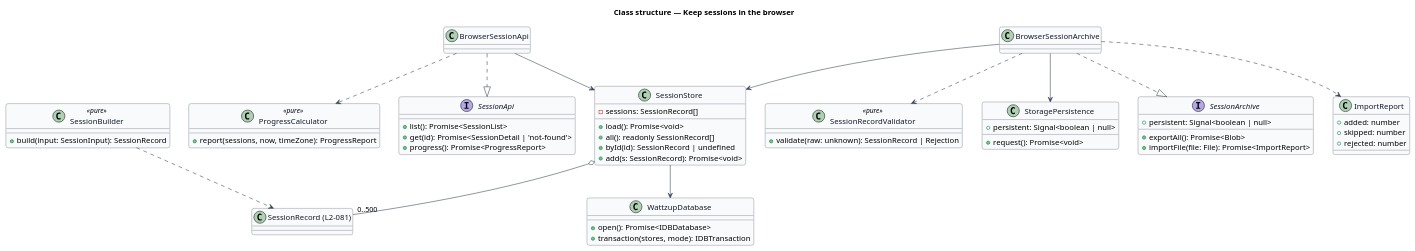
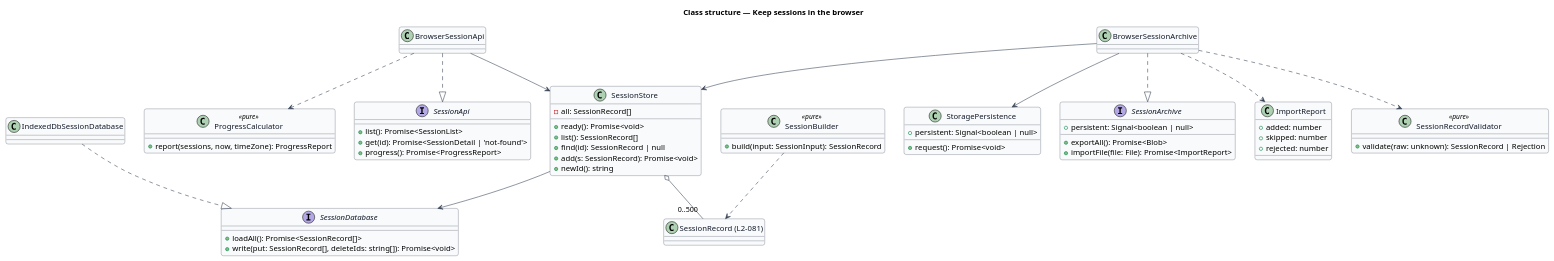
The diagram in docs/detailed-designs/browser-edition/keep-sessions-in-browser/diagrams/class-structure.puml (QuinntyneBrown/ride-one), drawn with PlantUML before and after one commit. The commit also changed 20 other files, not shown here.

First line of the commit message:
Keep sessions in IndexedDB in the browser edition (L2-094)

```diff
--- a/docs/detailed-designs/browser-edition/keep-sessions-in-browser/diagrams/class-structure.puml
+++ b/docs/detailed-designs/browser-edition/keep-sessions-in-browser/diagrams/class-structure.puml
@@ -1,68 +1,71 @@
 @startuml
 skinparam backgroundColor #FFFFFF
 skinparam shadowing false
 skinparam roundcorner 8
 skinparam defaultFontName Arial
 skinparam ArrowColor #344054
 skinparam class {
   BorderColor #344054
   FontColor #101828
   BackgroundColor #F9FAFB
 }
 title Class structure — Keep sessions in the browser
 
-class WattzupDatabase {
-  +open(): Promise<IDBDatabase>
-  +transaction(stores, mode): IDBTransaction
+interface SessionDatabase {
+  +loadAll(): Promise<SessionRecord[]>
+  +write(put: SessionRecord[], deleteIds: string[]): Promise<void>
 }
+class IndexedDbSessionDatabase
 class SessionStore {
-  -sessions: SessionRecord[]
-  +load(): Promise<void>
-  +all(): readonly SessionRecord[]
-  +byId(id): SessionRecord | undefined
+  -all: SessionRecord[]
+  +ready(): Promise<void>
+  +list(): SessionRecord[]
+  +find(id): SessionRecord | null
   +add(s: SessionRecord): Promise<void>
+  +newId(): string
 }
 class SessionBuilder <<pure>> {
   +build(input: SessionInput): SessionRecord
 }
 class ProgressCalculator <<pure>> {
   +report(sessions, now, timeZone): ProgressReport
 }
 class SessionRecordValidator <<pure>> {
   +validate(raw: unknown): SessionRecord | Rejection
 }
 class StoragePersistence {
   +persistent: Signal<boolean | null>
   +request(): Promise<void>
 }
 interface SessionApi {
   +list(): Promise<SessionList>
   +get(id): Promise<SessionDetail | 'not-found'>
   +progress(): Promise<ProgressReport>
 }
 interface SessionArchive {
   +persistent: Signal<boolean | null>
   +exportAll(): Promise<Blob>
   +importFile(file: File): Promise<ImportReport>
 }
 class ImportReport {
   +added: number
   +skipped: number
   +rejected: number
 }
 class BrowserSessionApi
 class BrowserSessionArchive
 class "SessionRecord (L2-081)" as SessionRecord
 
 BrowserSessionApi ..|> SessionApi
 BrowserSessionArchive ..|> SessionArchive
 BrowserSessionApi --> SessionStore
 BrowserSessionApi ..> ProgressCalculator
 BrowserSessionArchive --> SessionStore
 BrowserSessionArchive ..> SessionRecordValidator
 BrowserSessionArchive --> StoragePersistence
 BrowserSessionArchive ..> ImportReport
-SessionStore --> WattzupDatabase
+SessionStore --> SessionDatabase
+IndexedDbSessionDatabase ..|> SessionDatabase
 SessionStore o-- "0..500" SessionRecord
 SessionBuilder ..> SessionRecord
 @enduml
```
